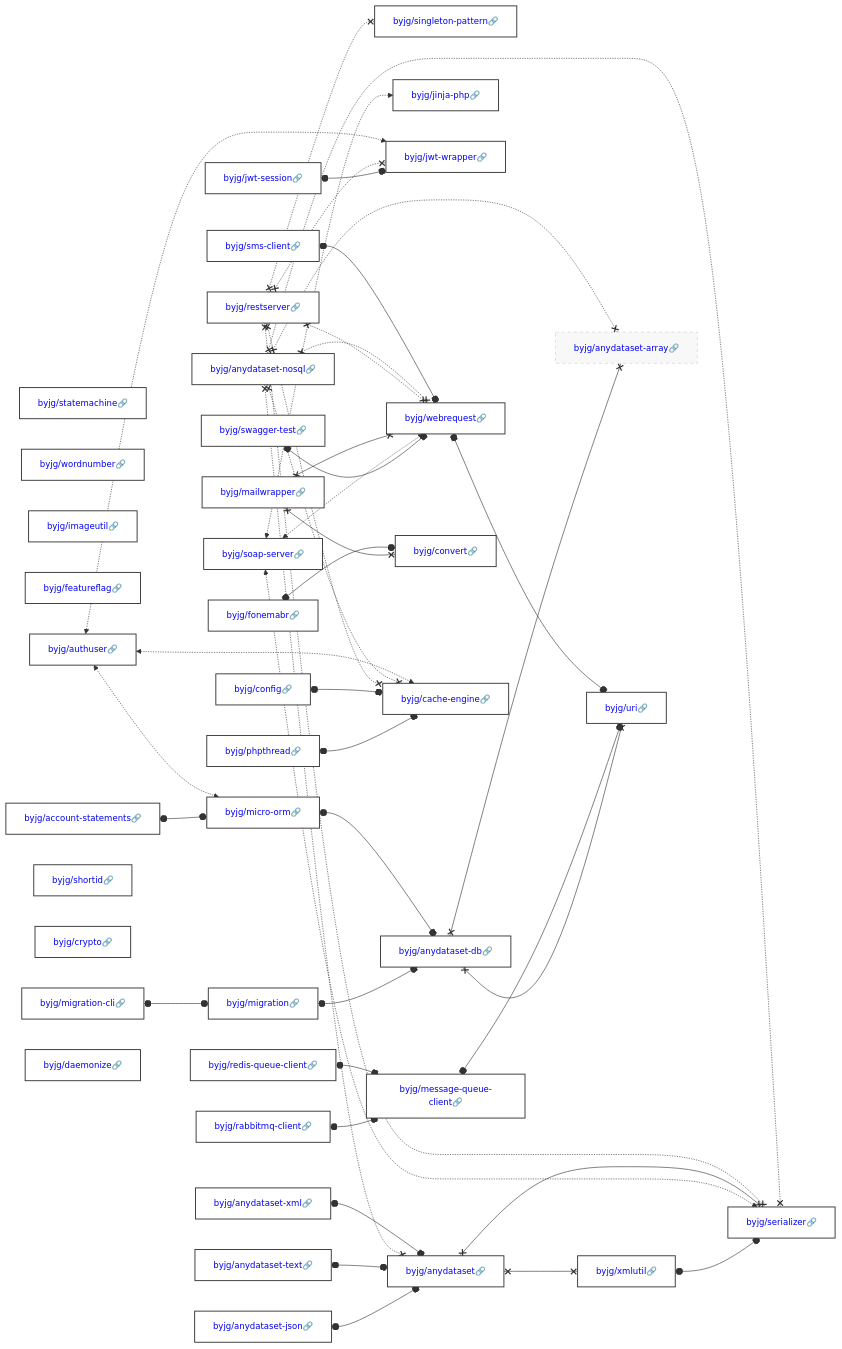
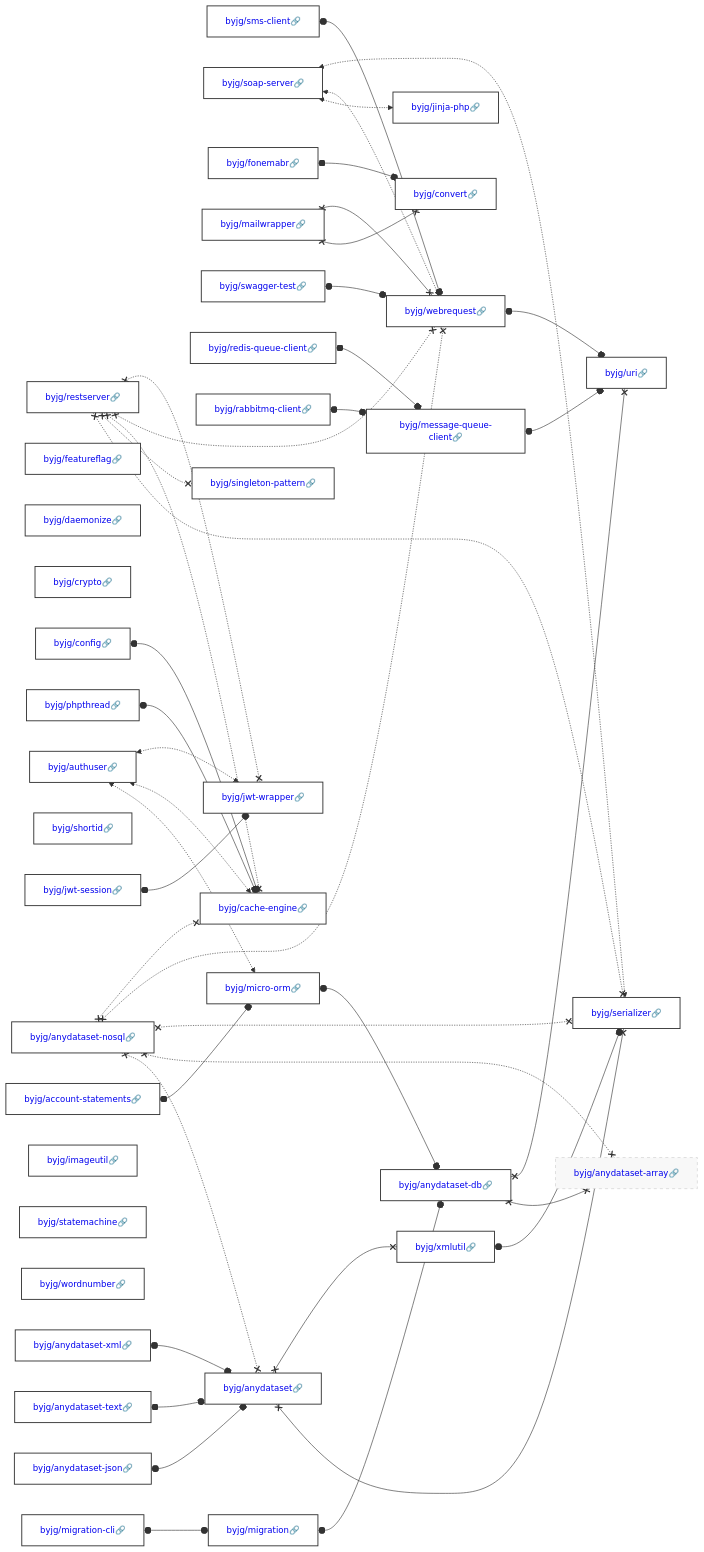
One commit to byjg/byjg.github.io changed the diagram in docs/php/README.md. Above: the diagram before and after it, drawn with Mermaid. The commit also changed other lines of this file and 10 other files, not shown here.

````diff
--- a/docs/php/README.md
+++ b/docs/php/README.md
@@ -3,40 +3,40 @@
 ```mermaid
 graph LR;
-  byjg/statemachine[<a href='https://opensource.byjg.com/docs/php/statemachine' style='text-decoration:none'>byjg/statemachine🔗</a>];
-  byjg/wordnumber[<a href='https://opensource.byjg.com/docs/php/wordnumber' style='text-decoration:none'>byjg/wordnumber🔗</a>];
   byjg/sms-client[<a href='https://opensource.byjg.com/docs/php/sms-client' style='text-decoration:none'>byjg/sms-client🔗</a>];
   byjg/anydataset-xml[<a href='https://opensource.byjg.com/docs/php/anydataset-xml' style='text-decoration:none'>byjg/anydataset-xml🔗</a>];
-  byjg/imageutil[<a href='https://opensource.byjg.com/docs/php/imageutil' style='text-decoration:none'>byjg/imageutil🔗</a>];
+  byjg/featureflag[<a href='https://opensource.byjg.com/docs/php/featureflag' style='text-decoration:none'>byjg/featureflag🔗</a>];
+  byjg/daemonize[<a href='https://opensource.byjg.com/docs/php/daemonize' style='text-decoration:none'>byjg/daemonize🔗</a>];
+  byjg/crypto[<a href='https://opensource.byjg.com/docs/php/crypto' style='text-decoration:none'>byjg/crypto🔗</a>];
+  byjg/jwt-session[<a href='https://opensource.byjg.com/docs/php/jwt-session' style='text-decoration:none'>byjg/jwt-session🔗</a>];
+  byjg/anydataset-json[<a href='https://opensource.byjg.com/docs/php/anydataset-json' style='text-decoration:none'>byjg/anydataset-json🔗</a>];
+  byjg/soap-server[<a href='https://opensource.byjg.com/docs/php/soap-server' style='text-decoration:none'>byjg/soap-server🔗</a>];
+  byjg/migration-cli[<a href='https://opensource.byjg.com/docs/php/migration-cli' style='text-decoration:none'>byjg/migration-cli🔗</a>];
+  byjg/shortid[<a href='https://opensource.byjg.com/docs/php/shortid' style='text-decoration:none'>byjg/shortid🔗</a>];
+  byjg/anydataset-nosql[<a href='https://opensource.byjg.com/docs/php/anydataset-nosql' style='text-decoration:none'>byjg/anydataset-nosql🔗</a>];
   byjg/config[<a href='https://opensource.byjg.com/docs/php/config' style='text-decoration:none'>byjg/config🔗</a>];
+  byjg/fonemabr[<a href='https://opensource.byjg.com/docs/php/fonemabr' style='text-decoration:none'>byjg/fonemabr🔗</a>];
   byjg/restserver[<a href='https://opensource.byjg.com/docs/php/restserver' style='text-decoration:none'>byjg/restserver🔗</a>];
   byjg/mailwrapper[<a href='https://opensource.byjg.com/docs/php/mailwrapper' style='text-decoration:none'>byjg/mailwrapper🔗</a>];
+  byjg/imageutil[<a href='https://opensource.byjg.com/docs/php/imageutil' style='text-decoration:none'>byjg/imageutil🔗</a>];
+  byjg/statemachine[<a href='https://opensource.byjg.com/docs/php/statemachine' style='text-decoration:none'>byjg/statemachine🔗</a>];
+  byjg/swagger-test[<a href='https://opensource.byjg.com/docs/php/swagger-test' style='text-decoration:none'>byjg/swagger-test🔗</a>];
+  byjg/wordnumber[<a href='https://opensource.byjg.com/docs/php/wordnumber' style='text-decoration:none'>byjg/wordnumber🔗</a>];
+  byjg/redis-queue-client[<a href='https://opensource.byjg.com/docs/php/redis-queue-client' style='text-decoration:none'>byjg/redis-queue-client🔗</a>];
+  byjg/account-statements[<a href='https://opensource.byjg.com/docs/php/account-statements' style='text-decoration:none'>byjg/account-statements🔗</a>];
+  byjg/phpthread[<a href='https://opensource.byjg.com/docs/php/phpthread' style='text-decoration:none'>byjg/phpthread🔗</a>];
   byjg/rabbitmq-client[<a href='https://opensource.byjg.com/docs/php/rabbitmq-client' style='text-decoration:none'>byjg/rabbitmq-client🔗</a>];
-  byjg/redis-queue-client[<a href='https://opensource.byjg.com/docs/php/redis-queue-client' style='text-decoration:none'>byjg/redis-queue-client🔗</a>];
-  byjg/jwt-session[<a href='https://opensource.byjg.com/docs/php/jwt-session' style='text-decoration:none'>byjg/jwt-session🔗</a>];
-  byjg/soap-server[<a href='https://opensource.byjg.com/docs/php/soap-server' style='text-decoration:none'>byjg/soap-server🔗</a>];
-  byjg/featureflag[<a href='https://opensource.byjg.com/docs/php/featureflag' style='text-decoration:none'>byjg/featureflag🔗</a>];
   byjg/authuser[<a href='https://opensource.byjg.com/docs/php/authuser' style='text-decoration:none'>byjg/authuser🔗</a>];
-  byjg/migration-cli[<a href='https://opensource.byjg.com/docs/php/migration-cli' style='text-decoration:none'>byjg/migration-cli🔗</a>];
-  byjg/swagger-test[<a href='https://opensource.byjg.com/docs/php/swagger-test' style='text-decoration:none'>byjg/swagger-test🔗</a>];
   byjg/anydataset-text[<a href='https://opensource.byjg.com/docs/php/anydataset-text' style='text-decoration:none'>byjg/anydataset-text🔗</a>];
-  byjg/shortid[<a href='https://opensource.byjg.com/docs/php/shortid' style='text-decoration:none'>byjg/shortid🔗</a>];
-  byjg/crypto[<a href='https://opensource.byjg.com/docs/php/crypto' style='text-decoration:none'>byjg/crypto🔗</a>];
-  byjg/account-statements[<a href='https://opensource.byjg.com/docs/php/account-statements' style='text-decoration:none'>byjg/account-statements🔗</a>];
-  byjg/anydataset-json[<a href='https://opensource.byjg.com/docs/php/anydataset-json' style='text-decoration:none'>byjg/anydataset-json🔗</a>];
-  byjg/anydataset-nosql[<a href='https://opensource.byjg.com/docs/php/anydataset-nosql' style='text-decoration:none'>byjg/anydataset-nosql🔗</a>];
-  byjg/daemonize[<a href='https://opensource.byjg.com/docs/php/daemonize' style='text-decoration:none'>byjg/daemonize🔗</a>];
-  byjg/fonemabr[<a href='https://opensource.byjg.com/docs/php/fonemabr' style='text-decoration:none'>byjg/fonemabr🔗</a>];
-  byjg/phpthread[<a href='https://opensource.byjg.com/docs/php/phpthread' style='text-decoration:none'>byjg/phpthread🔗</a>];
+  byjg/jinja-php[<a href='https://opensource.byjg.com/docs/php/jinja-php' style='text-decoration:none'>byjg/jinja-php🔗</a>];
+  byjg/migration[<a href='https://opensource.byjg.com/docs/php/migration' style='text-decoration:none'>byjg/migration🔗</a>];
   byjg/singleton-pattern[<a href='https://opensource.byjg.com/docs/php/singleton-pattern' style='text-decoration:none'>byjg/singleton-pattern🔗</a>];
+  byjg/convert[<a href='https://opensource.byjg.com/docs/php/convert' style='text-decoration:none'>byjg/convert🔗</a>];
+  byjg/webrequest[<a href='https://opensource.byjg.com/docs/php/webrequest' style='text-decoration:none'>byjg/webrequest🔗</a>];
   byjg/message-queue-client[<a href='https://opensource.byjg.com/docs/php/message-queue-client' style='text-decoration:none'>byjg/message-queue-client🔗</a>];
-  byjg/jinja-php[<a href='https://opensource.byjg.com/docs/php/jinja-php' style='text-decoration:none'>byjg/jinja-php🔗</a>];
+  byjg/micro-orm[<a href='https://opensource.byjg.com/docs/php/micro-orm' style='text-decoration:none'>byjg/micro-orm🔗</a>];
+  byjg/cache-engine[<a href='https://opensource.byjg.com/docs/php/cache-engine' style='text-decoration:none'>byjg/cache-engine🔗</a>];
   byjg/jwt-wrapper[<a href='https://opensource.byjg.com/docs/php/jwt-wrapper' style='text-decoration:none'>byjg/jwt-wrapper🔗</a>];
-  byjg/migration[<a href='https://opensource.byjg.com/docs/php/migration' style='text-decoration:none'>byjg/migration🔗</a>];
-  byjg/micro-orm[<a href='https://opensource.byjg.com/docs/php/micro-orm' style='text-decoration:none'>byjg/micro-orm🔗</a>];
   byjg/anydataset[<a href='https://opensource.byjg.com/docs/php/anydataset' style='text-decoration:none'>byjg/anydataset🔗</a>];
-  byjg/webrequest[<a href='https://opensource.byjg.com/docs/php/webrequest' style='text-decoration:none'>byjg/webrequest🔗</a>];
-  byjg/convert[<a href='https://opensource.byjg.com/docs/php/convert' style='text-decoration:none'>byjg/convert🔗</a>];
-  byjg/cache-engine[<a href='https://opensource.byjg.com/docs/php/cache-engine' style='text-decoration:none'>byjg/cache-engine🔗</a>];
   byjg/anydataset-db[<a href='https://opensource.byjg.com/docs/php/anydataset-db' style='text-decoration:none'>byjg/anydataset-db🔗</a>];
   byjg/xmlutil[<a href='https://opensource.byjg.com/docs/php/xmlutil' style='text-decoration:none'>byjg/xmlutil🔗</a>];
   byjg/anydataset-array[<a href='https://opensource.byjg.com/docs/php/anydataset-array' style='text-decoration:none'>byjg/anydataset-array🔗</a>];
````
